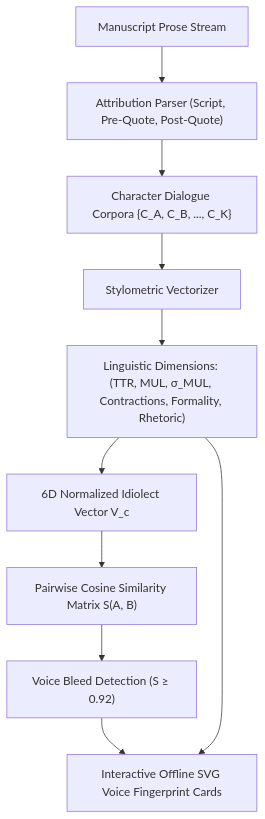
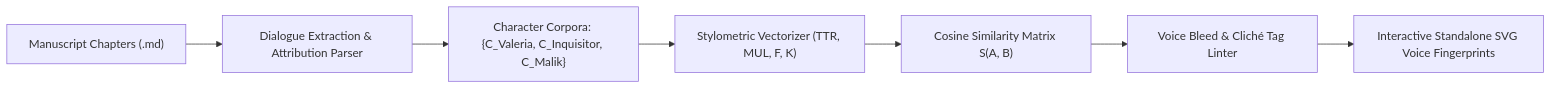
The third of 3 diagrams in docs/VOICE.md (aryansinghnagar/Ars-Arcanum), drawn with Mermaid before and after one commit. The commit also changed other lines of this file and 239 other files, not shown here.

First line of the commit message:
feat(v5.0.0): streamline to 47 deterministic engines, zero-pip architecture, and encyclopedic craft references

````diff
--- a/docs/VOICE.md
+++ b/docs/VOICE.md
@@ -18,14 +136,9 @@
 ```mermaid
-flowchart TD
-    Prose["Manuscript Prose Stream"] --> Attribution["Attribution Parser (Script, Pre-Quote, Post-Quote)"]
-    Attribution --> CharCorp["Character Dialogue Corpora {C_A, C_B, ..., C_K}"]
-    
-    CharCorp --> Stylometry["Stylometric Vectorizer"]
-    Stylometry --> Metrics["Linguistic Dimensions: (TTR, MUL, σ_MUL, Contractions, Formality, Rhetoric)"]
-    Metrics --> IdiolectVec["6D Normalized Idiolect Vector V_c"]
-    
-    IdiolectVec --> CosineSim["Pairwise Cosine Similarity Matrix S(A, B)"]
-    CosineSim --> BleedDetect["Voice Bleed Detection (S ≥ 0.92)"]
-    
-    BleedDetect & Metrics --> VoiceCards["Interactive Offline SVG Voice Fingerprint Cards"]
+flowchart LR
+    Prose["Manuscript Chapters (.md)"] --> Extractor["Dialogue Extraction & Attribution Parser"]
+    Extractor --> Corpora["Character Corpora: {C_Valeria, C_Inquisitor, C_Malik}"]
+    Corpora --> StylometryEngine["Stylometric Vectorizer (TTR, MUL, F, K)"]
+    StylometryEngine --> Matrix["Cosine Similarity Matrix S(A, B)"]
+    Matrix --> Linter["Voice Bleed & Cliché Tag Linter"]
+    Linter --> VisualCards["Interactive Standalone SVG Voice Fingerprints"]
 ```
````
